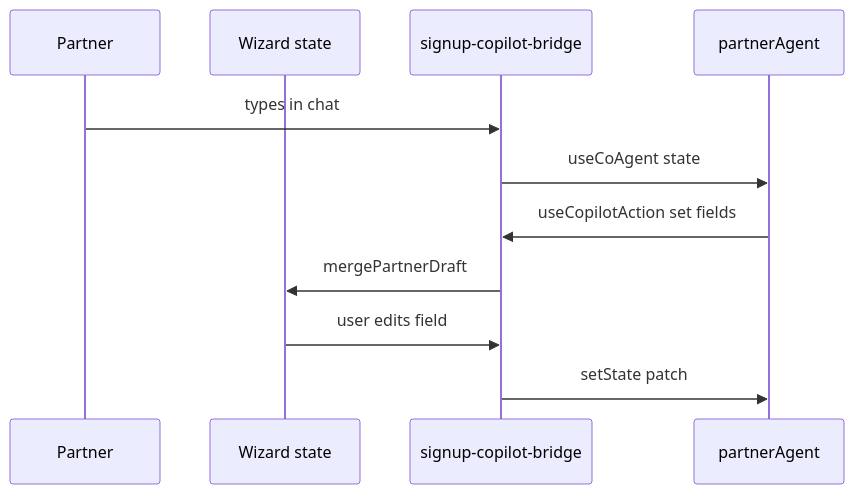
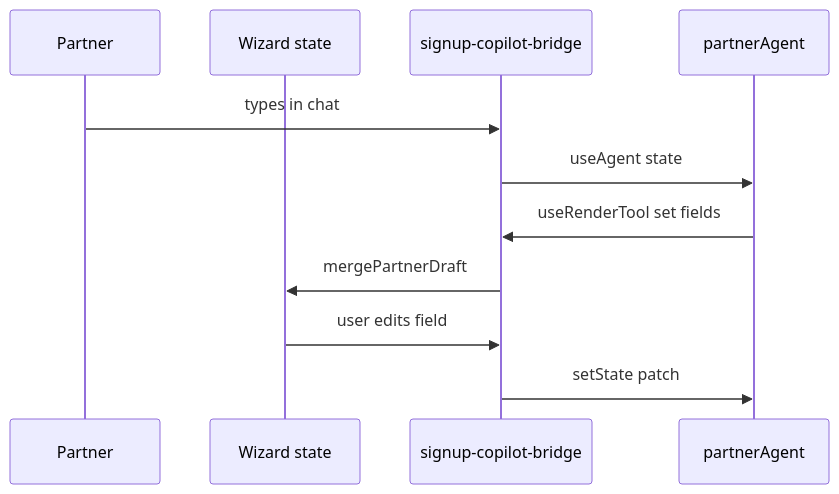
Before and after one commit to amo-tech-ai/mdeapp: the second of 2 diagrams in docs/partners/tasks/AGT-PTR-03-onboarding-copilot.md, drawn with Mermaid. The commit also changed other lines of this file and 25 other files, not shown here.

````diff
--- a/docs/partners/tasks/AGT-PTR-03-onboarding-copilot.md
+++ b/docs/partners/tasks/AGT-PTR-03-onboarding-copilot.md
@@ -59,14 +61,14 @@
 ```mermaid
 sequenceDiagram
   participant User as Partner
   participant Form as Wizard state
   participant Bridge as signup-copilot-bridge
   participant Agent as partnerAgent
 
   User->>Bridge: types in chat
-  Bridge->>Agent: useCoAgent state
-  Agent->>Bridge: useCopilotAction set fields
+  Bridge->>Agent: useAgent state
+  Agent->>Bridge: useRenderTool set fields
   Bridge->>Form: mergePartnerDraft
   Form->>Bridge: user edits field
   Bridge->>Agent: setState patch
 ```
````
